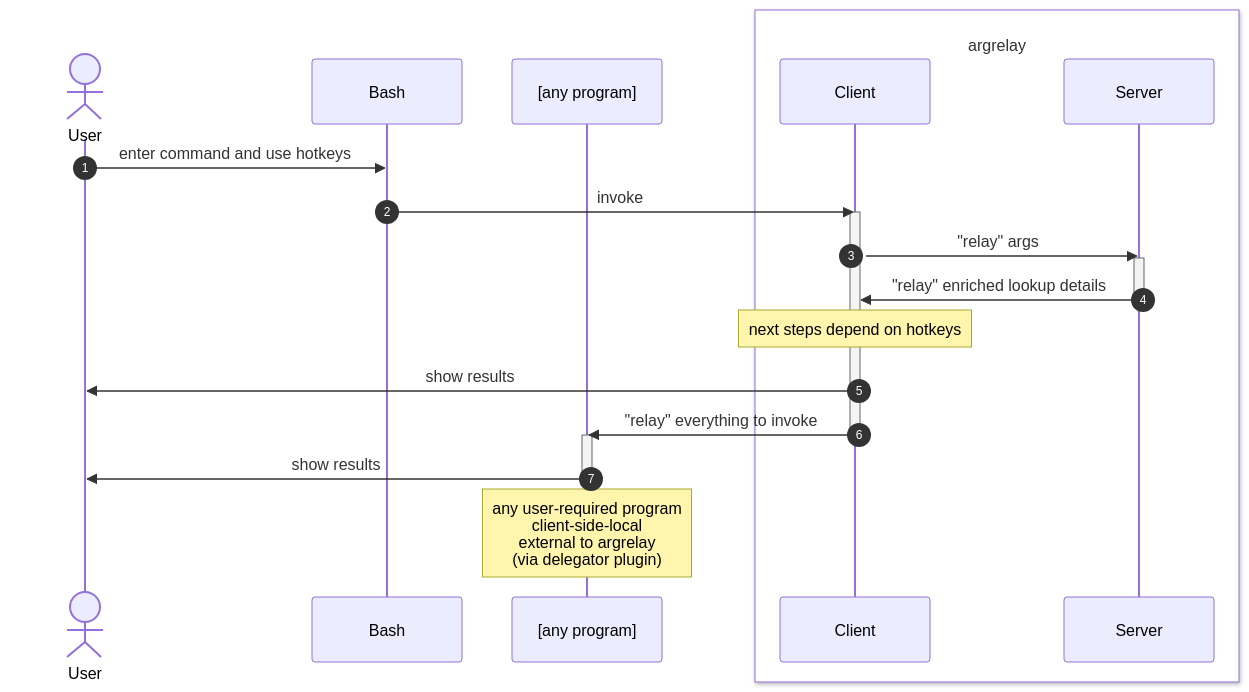
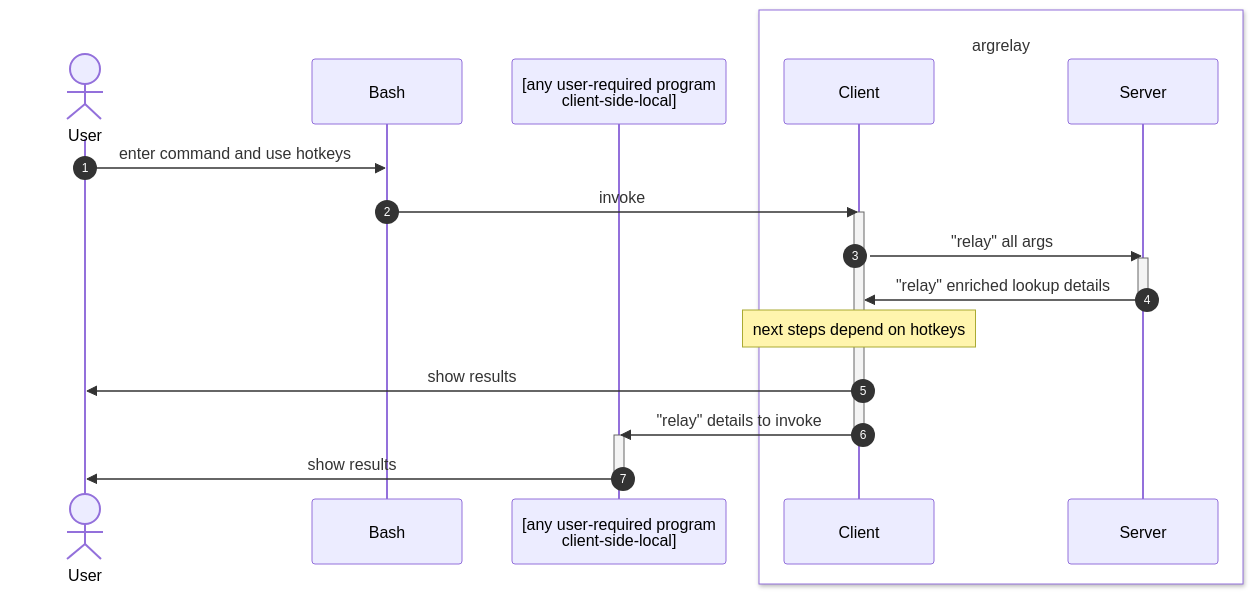
Before and after one commit to argrelay/argrelay: the diagram in readme.md, drawn with Mermaid.

Commit message:
Update diagram

````diff
--- a/readme.md
+++ b/readme.md
@@ -78,26 +78,25 @@
 ```mermaid
 sequenceDiagram
     autonumber
     Actor U as <br/>User
     participant B as Bash
-    participant P as [any program]
+    participant P as [any user-required program<br/>client-side-local]
     box rgb(255, 255, 255) <br/>argrelay
     participant C as Client
     participant S as Server
     end
     U ->> B: enter command and use hotkeys
     B ->> C: invoke
     activate C
-    C ->> S: "relay" args
+    C ->> S: "relay" all args
     activate S
     S ->> C: "relay" enriched lookup details
     deactivate S
     Note over C: next steps depend on hotkeys
     C ->> U: show results
-    C ->> P: "relay" everything to invoke
+    C ->> P: "relay" details to invoke
     deactivate C
     activate P
     P ->> U: show results
     deactivate P
-    Note over P: any user-required program<br/>client-side-local<br/>external to argrelay<br/>(via delegator plugin)
 ```
````
